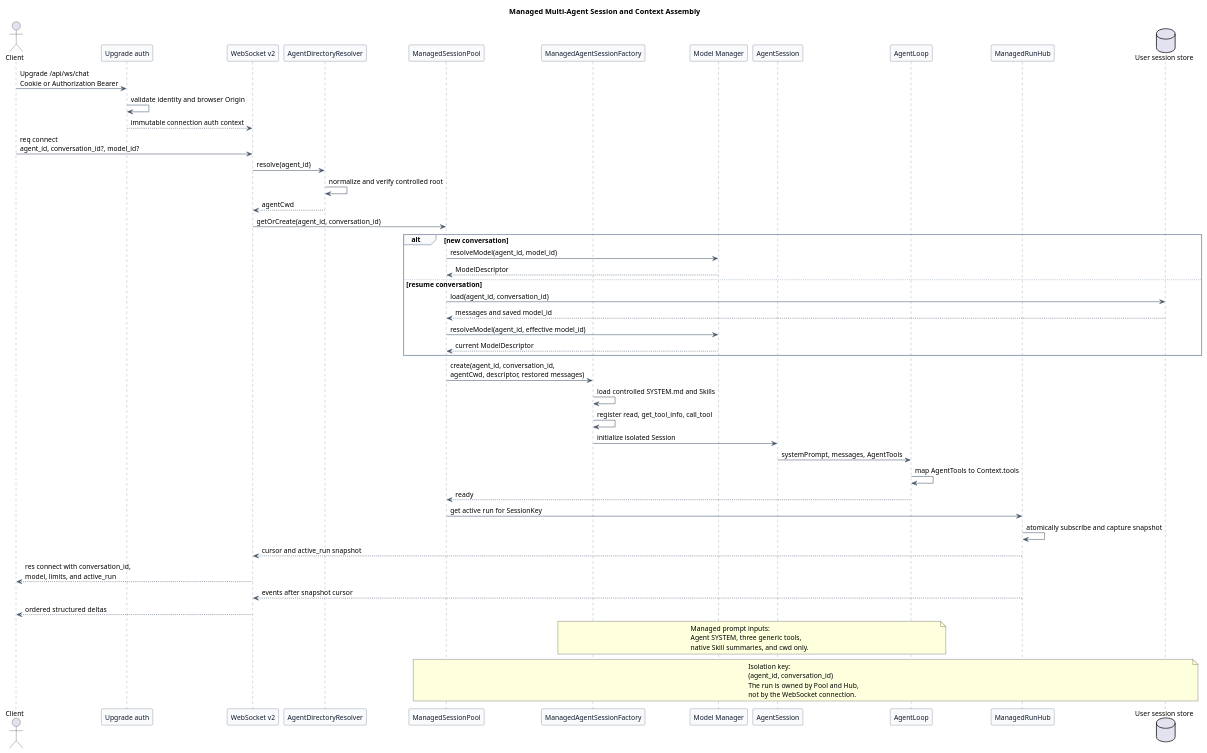
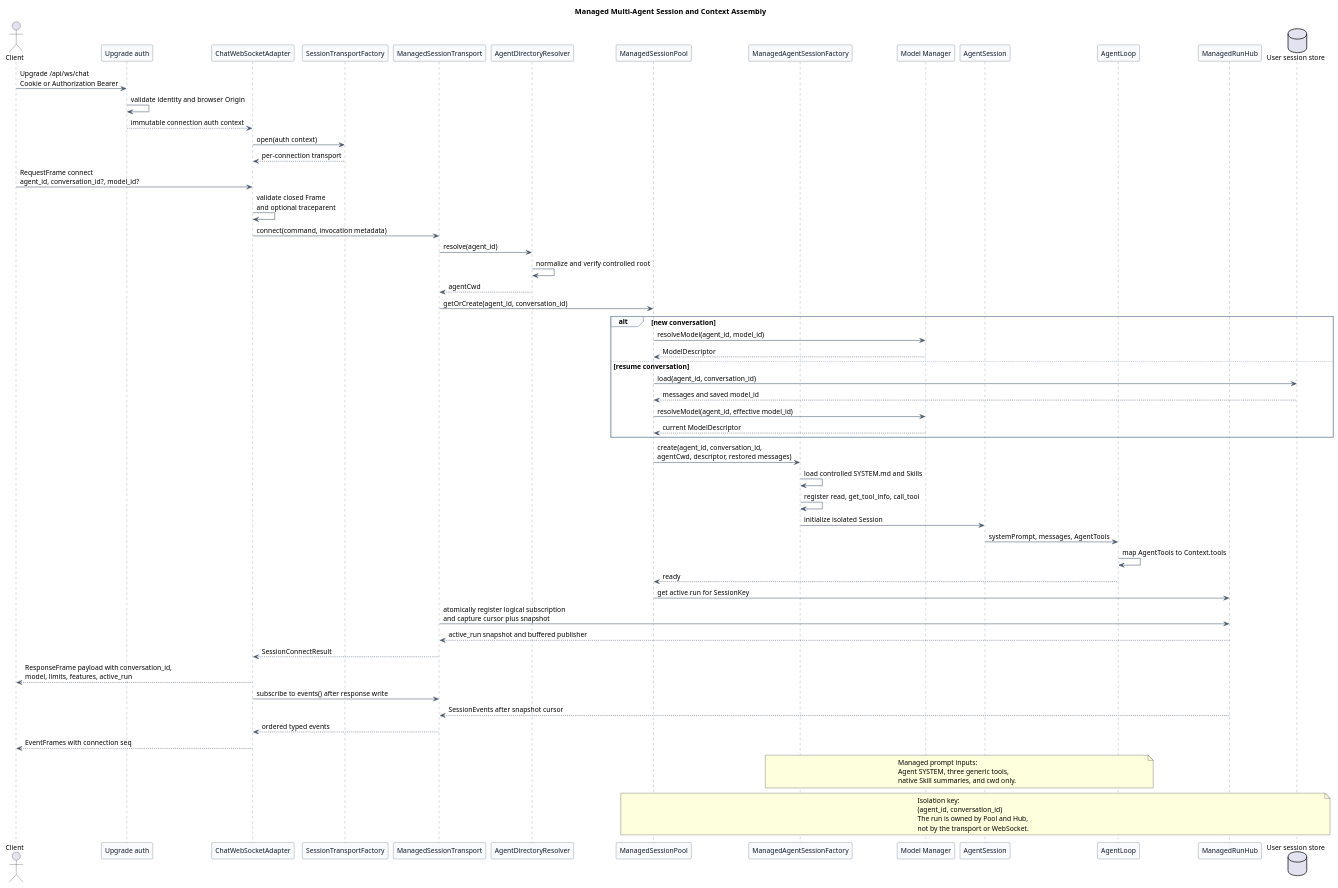
Before and after one commit to superheromeZzh/pi-mono-java-design: the second of 6 diagrams in pi-mono-java-manager-driven-multi-agent-runtime/diagram.puml, drawn with PlantUML. The commit also changed other lines of this file and 13 other files, not shown here.

Commit message:
docs(agent): align websocket v2 with OpenClaw v4

```diff
--- a/pi-mono-java-manager-driven-multi-agent-runtime/diagram.puml
+++ b/pi-mono-java-manager-driven-multi-agent-runtime/diagram.puml
@@ -77,91 +77,100 @@
 @startuml managed_session_context_assembly
 title Managed Multi-Agent Session and Context Assembly
 
 ' Source evidence:
 ' pi-mono packages/ai/src/types.ts: Context
 ' pi-mono packages/coding-agent/src/core/system-prompt.ts: buildSystemPrompt
 ' pi-mono-java modules/coding-agent-cli/src/main/java/com/campusclaw/codingagent/session/AgentSession.java: initialize
 ' pi-mono-java modules/coding-agent-cli/src/main/java/com/campusclaw/codingagent/mode/server/SessionPool.java: getOrCreate
 ' pi-mono-java modules/coding-agent-cli/src/main/java/com/campusclaw/codingagent/mode/server/ServerMode.java: websocket route
 ' pi-mono-java modules/coding-agent-cli/src/main/java/com/campusclaw/codingagent/mode/server/ChatWebSocketHandler.java: handle
 ' pi-mono-java modules/agent-core/src/main/java/com/campusclaw/agent/loop/AgentLoop.java: invokeModel, toLlmTools
 ' Observed behavior: Java currently reads conversation_id during Upgrade and uses one base cwd.
-' Java divergence: v2 authenticates Upgrade, binds Agent and conversation in the connect frame,
-' and atomically subscribes to an independently owned run after Session assembly.
+' Java divergence: v2 authenticates Upgrade and maps closed Frames to a server-side SessionTransport.
+' Architecture change: ManagedSessionTransport owns logical connection state; WebSocket is an adapter.
 ' Design reason: isolate prompt, model, tool, persistence, and run recovery across Agents.
 
 skinparam backgroundColor #FFFFFF
 skinparam shadowing false
 skinparam defaultFontName Arial
 skinparam defaultFontSize 13
 skinparam participant {
   BackgroundColor #F8FAFC
   BorderColor #475569
   FontColor #0F172A
 }
 skinparam ArrowColor #475569
 skinparam sequence {
   LifeLineBorderColor #64748B
   LifeLineBackgroundColor #F8FAFC
   GroupBorderColor #94A3B8
   GroupBackgroundColor #F8FAFC
 }
 
 actor Client
 participant "Upgrade auth" as Auth
-participant "WebSocket v2" as WS
+participant "ChatWebSocketAdapter" as WS
+participant "SessionTransportFactory" as TransportFactory
+participant "ManagedSessionTransport" as Transport
 participant "AgentDirectoryResolver" as Resolver
 participant "ManagedSessionPool" as Pool
 participant "ManagedAgentSessionFactory" as Factory
 participant "Model Manager" as ModelManager
 participant "AgentSession" as Session
 participant "AgentLoop" as Loop
 participant "ManagedRunHub" as Hub
 database "User session store" as Store
 
 Client -> Auth : Upgrade /api/ws/chat\nCookie or Authorization Bearer
 Auth -> Auth : validate identity and browser Origin
 Auth --> WS : immutable connection auth context
-Client -> WS : req connect\nagent_id, conversation_id?, model_id?
-WS -> Resolver : resolve(agent_id)
+WS -> TransportFactory : open(auth context)
+TransportFactory --> WS : per-connection transport
+Client -> WS : RequestFrame connect\nagent_id, conversation_id?, model_id?
+WS -> WS : validate closed Frame\nand optional traceparent
+WS -> Transport : connect(command, invocation metadata)
+Transport -> Resolver : resolve(agent_id)
 Resolver -> Resolver : normalize and verify controlled root
-Resolver --> WS : agentCwd
-WS -> Pool : getOrCreate(agent_id, conversation_id)
+Resolver --> Transport : agentCwd
+Transport -> Pool : getOrCreate(agent_id, conversation_id)
 
 alt new conversation
   Pool -> ModelManager : resolveModel(agent_id, model_id)
   ModelManager --> Pool : ModelDescriptor
 else resume conversation
   Pool -> Store : load(agent_id, conversation_id)
   Store --> Pool : messages and saved model_id
   Pool -> ModelManager : resolveModel(agent_id, effective model_id)
   ModelManager --> Pool : current ModelDescriptor
 end
 
 Pool -> Factory : create(agent_id, conversation_id,\nagentCwd, descriptor, restored messages)
 Factory -> Factory : load controlled SYSTEM.md and Skills
 Factory -> Factory : register read, get_tool_info, call_tool
 Factory -> Session : initialize isolated Session
 Session -> Loop : systemPrompt, messages, AgentTools
 Loop -> Loop : map AgentTools to Context.tools
 Loop --> Pool : ready
 Pool -> Hub : get active run for SessionKey
-Hub -> Hub : atomically subscribe and capture snapshot
-Hub --> WS : cursor and active_run snapshot
-WS --> Client : res connect with conversation_id,\nmodel, limits, and active_run
-Hub --> WS : events after snapshot cursor
-WS --> Client : ordered structured deltas
+Transport -> Hub : atomically register logical subscription\nand capture cursor plus snapshot
+Hub --> Transport : active_run snapshot and buffered publisher
+Transport --> WS : SessionConnectResult
+WS --> Client : ResponseFrame payload with conversation_id,\nmodel, limits, features, active_run
+WS -> Transport : subscribe to events() after response write
+Hub --> Transport : SessionEvents after snapshot cursor
+Transport --> WS : ordered typed events
+WS --> Client : EventFrames with connection seq
 
 note over Factory,Loop
 Managed prompt inputs:
 Agent SYSTEM, three generic tools,
 native Skill summaries, and cwd only.
 end note
 
 note over Pool,Store
 Isolation key:
 (agent_id, conversation_id)
 The run is owned by Pool and Hub,
-not by the WebSocket connection.
+not by the transport or WebSocket.
 end note
 @enduml
```
